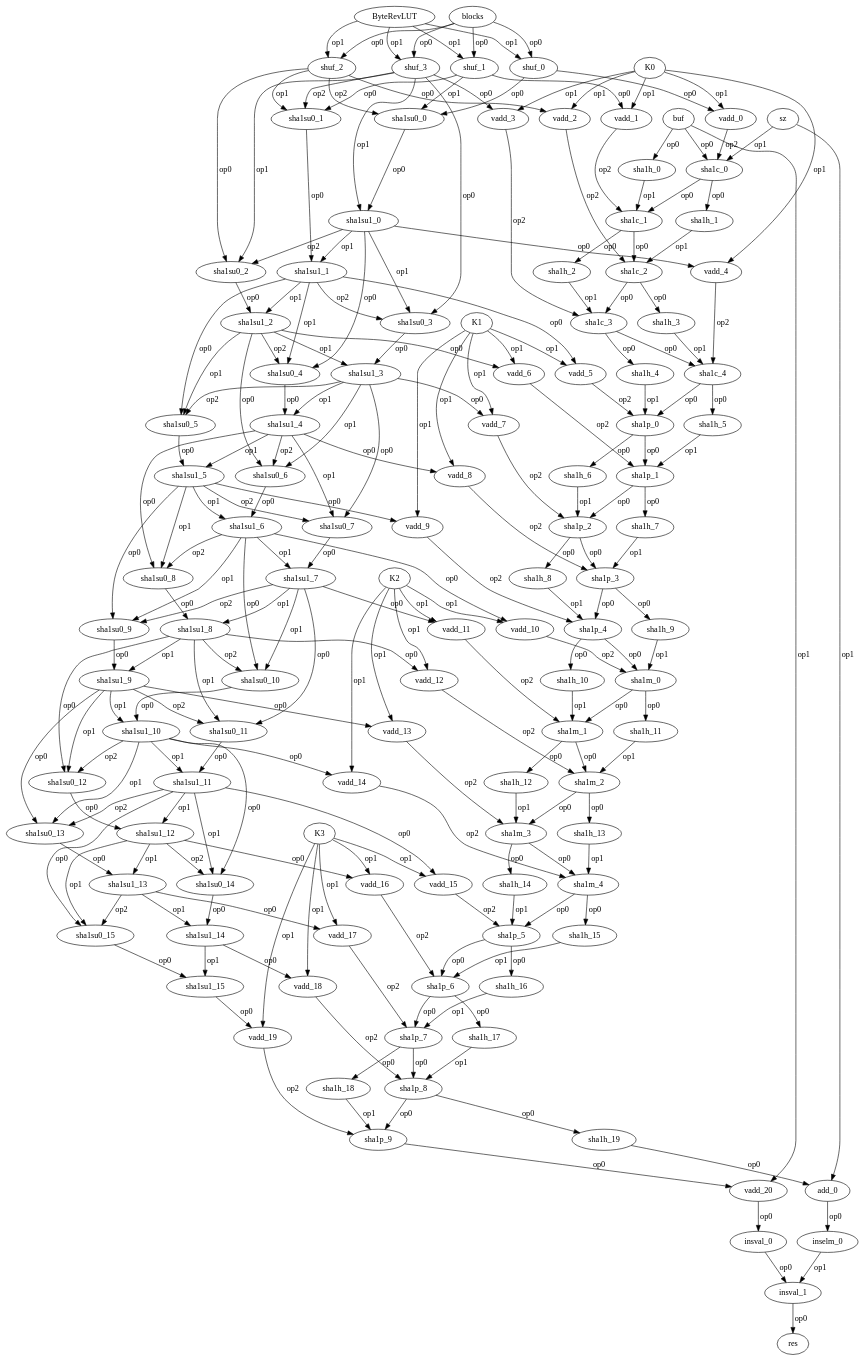
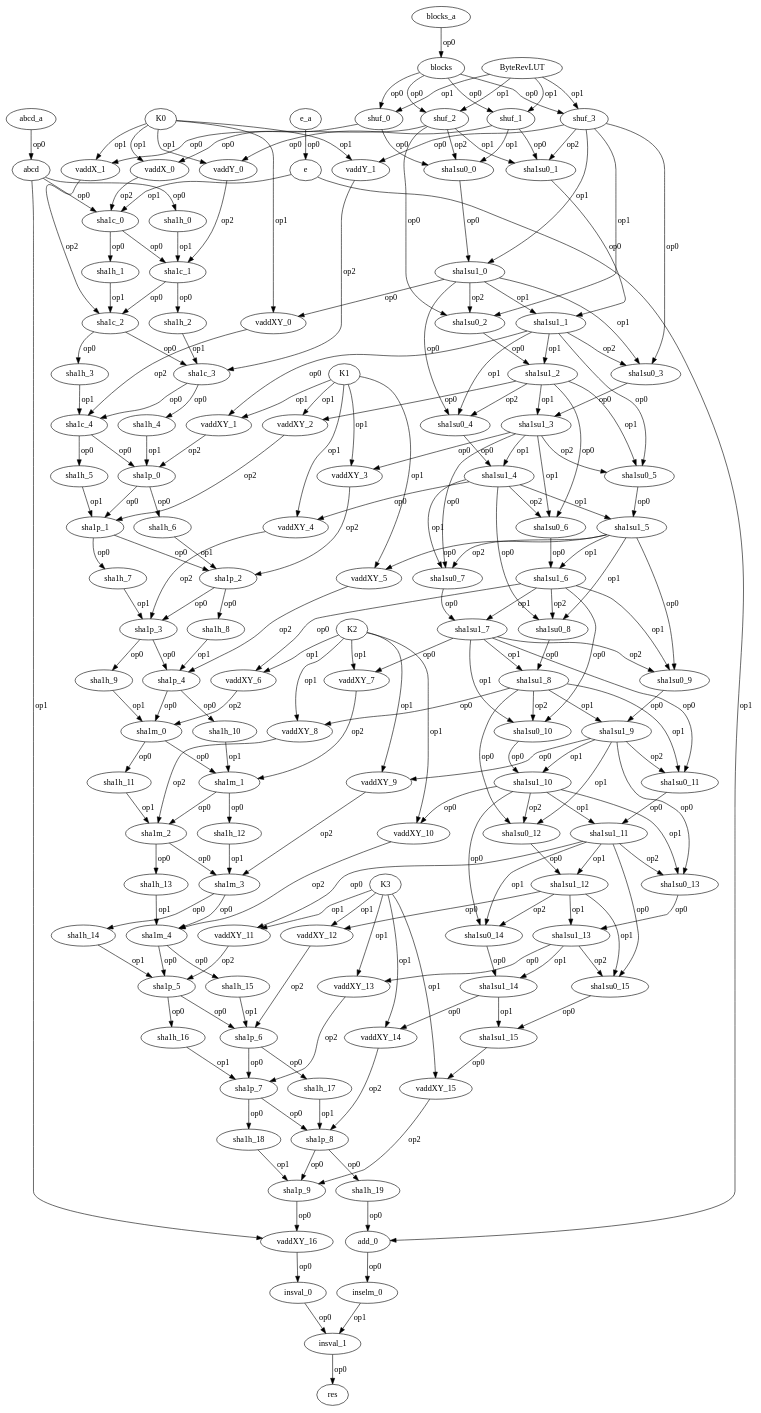
One commit to jevinskie/AArch64-SHA-Crypto-Extensions changed the diagram in sha1-compress-one-hand-dag-ops.dot. Above: the diagram before and after it, drawn with Graphviz. The commit also changed 11 other files, not shown here.

```diff
--- a/sha1-compress-one-hand-dag-ops.dot
+++ b/sha1-compress-one-hand-dag-ops.dot
@@ -1,48 +1,51 @@
 strict digraph "" {
+	abcd_a -> abcd	[label=op0];
+	abcd -> sha1h_0	[label=op0];
+	abcd -> sha1c_0	[label=op0];
+	abcd -> vaddXY_16	[label=op1];
+	e_a -> e	[label=op0];
+	e -> sha1c_0	[label=op1];
+	e -> add_0	[label=op1];
+	blocks_a -> blocks	[label=op0];
 	blocks -> shuf_0	[label=op0];
 	blocks -> shuf_1	[label=op0];
 	blocks -> shuf_2	[label=op0];
 	blocks -> shuf_3	[label=op0];
-	shuf_0 -> vadd_0	[label=op0];
+	shuf_0 -> vaddX_0	[label=op0];
 	shuf_0 -> sha1su0_0	[label=op0];
 	ByteRevLUT -> shuf_0	[label=op1];
 	ByteRevLUT -> shuf_1	[label=op1];
 	ByteRevLUT -> shuf_2	[label=op1];
 	ByteRevLUT -> shuf_3	[label=op1];
-	shuf_1 -> vadd_1	[label=op0];
+	shuf_1 -> vaddY_0	[label=op0];
 	shuf_1 -> sha1su0_0	[label=op1];
 	shuf_1 -> sha1su0_1	[label=op0];
-	shuf_2 -> vadd_2	[label=op0];
+	shuf_2 -> vaddX_1	[label=op0];
 	shuf_2 -> sha1su0_0	[label=op2];
 	shuf_2 -> sha1su0_1	[label=op1];
 	shuf_2 -> sha1su0_2	[label=op0];
-	shuf_3 -> vadd_3	[label=op0];
+	shuf_3 -> vaddY_1	[label=op0];
 	shuf_3 -> sha1su1_0	[label=op1];
 	shuf_3 -> sha1su0_1	[label=op2];
 	shuf_3 -> sha1su0_2	[label=op1];
 	shuf_3 -> sha1su0_3	[label=op0];
-	vadd_0 -> sha1c_0	[label=op2];
-	K0 -> vadd_0	[label=op1];
-	K0 -> vadd_1	[label=op1];
-	K0 -> vadd_2	[label=op1];
-	K0 -> vadd_3	[label=op1];
-	K0 -> vadd_4	[label=op1];
-	vadd_1 -> sha1c_1	[label=op2];
-	buf -> sha1h_0	[label=op0];
-	buf -> sha1c_0	[label=op0];
-	buf -> vadd_20	[label=op1];
+	vaddX_0 -> sha1c_0	[label=op2];
+	K0 -> vaddX_0	[label=op1];
+	K0 -> vaddY_0	[label=op1];
+	K0 -> vaddX_1	[label=op1];
+	K0 -> vaddY_1	[label=op1];
+	K0 -> vaddXY_0	[label=op1];
+	vaddY_0 -> sha1c_1	[label=op2];
 	sha1h_0 -> sha1c_1	[label=op1];
 	sha1c_0 -> sha1h_1	[label=op0];
 	sha1c_0 -> sha1c_1	[label=op0];
-	sz -> sha1c_0	[label=op1];
-	sz -> add_0	[label=op1];
-	vadd_2 -> sha1c_2	[label=op2];
+	vaddX_1 -> sha1c_2	[label=op2];
 	sha1su0_0 -> sha1su1_0	[label=op0];
 	sha1h_1 -> sha1c_2	[label=op1];
 	sha1c_1 -> sha1h_2	[label=op0];
 	sha1c_1 -> sha1c_2	[label=op0];
-	vadd_3 -> sha1c_3	[label=op2];
-	sha1su1_0 -> vadd_4	[label=op0];
+	vaddY_1 -> sha1c_3	[label=op2];
+	sha1su1_0 -> vaddXY_0	[label=op0];
 	sha1su1_0 -> sha1su1_1	[label=op1];
 	sha1su1_0 -> sha1su0_2	[label=op2];
 	sha1su1_0 -> sha1su0_3	[label=op1];
@@ -51,8 +54,8 @@
 	sha1h_2 -> sha1c_3	[label=op1];
 	sha1c_2 -> sha1h_3	[label=op0];
 	sha1c_2 -> sha1c_3	[label=op0];
-	vadd_4 -> sha1c_4	[label=op2];
-	sha1su1_1 -> vadd_5	[label=op0];
+	vaddXY_0 -> sha1c_4	[label=op2];
+	sha1su1_1 -> vaddXY_1	[label=op0];
 	sha1su1_1 -> sha1su1_2	[label=op1];
 	sha1su1_1 -> sha1su0_3	[label=op2];
 	sha1su1_1 -> sha1su0_4	[label=op1];
@@ -61,13 +64,13 @@
 	sha1h_3 -> sha1c_4	[label=op1];
 	sha1c_3 -> sha1h_4	[label=op0];
 	sha1c_3 -> sha1c_4	[label=op0];
-	vadd_5 -> sha1p_0	[label=op2];
-	K1 -> vadd_5	[label=op1];
-	K1 -> vadd_6	[label=op1];
-	K1 -> vadd_7	[label=op1];
-	K1 -> vadd_8	[label=op1];
-	K1 -> vadd_9	[label=op1];
-	sha1su1_2 -> vadd_6	[label=op0];
+	vaddXY_1 -> sha1p_0	[label=op2];
+	K1 -> vaddXY_1	[label=op1];
+	K1 -> vaddXY_2	[label=op1];
+	K1 -> vaddXY_3	[label=op1];
+	K1 -> vaddXY_4	[label=op1];
+	K1 -> vaddXY_5	[label=op1];
+	sha1su1_2 -> vaddXY_2	[label=op0];
 	sha1su1_2 -> sha1su1_3	[label=op1];
 	sha1su1_2 -> sha1su0_4	[label=op2];
 	sha1su1_2 -> sha1su0_5	[label=op1];
@@ -76,8 +79,8 @@
 	sha1h_4 -> sha1p_0	[label=op1];
 	sha1c_4 -> sha1h_5	[label=op0];
 	sha1c_4 -> sha1p_0	[label=op0];
-	vadd_6 -> sha1p_1	[label=op2];
-	sha1su1_3 -> vadd_7	[label=op0];
+	vaddXY_2 -> sha1p_1	[label=op2];
+	sha1su1_3 -> vaddXY_3	[label=op0];
 	sha1su1_3 -> sha1su1_4	[label=op1];
 	sha1su1_3 -> sha1su0_5	[label=op2];
 	sha1su1_3 -> sha1su0_6	[label=op1];
@@ -86,8 +89,8 @@
 	sha1h_5 -> sha1p_1	[label=op1];
 	sha1p_0 -> sha1h_6	[label=op0];
 	sha1p_0 -> sha1p_1	[label=op0];
-	vadd_7 -> sha1p_2	[label=op2];
-	sha1su1_4 -> vadd_8	[label=op0];
+	vaddXY_3 -> sha1p_2	[label=op2];
+	sha1su1_4 -> vaddXY_4	[label=op0];
 	sha1su1_4 -> sha1su1_5	[label=op1];
 	sha1su1_4 -> sha1su0_6	[label=op2];
 	sha1su1_4 -> sha1su0_7	[label=op1];
@@ -96,8 +99,8 @@
 	sha1h_6 -> sha1p_2	[label=op1];
 	sha1p_1 -> sha1h_7	[label=op0];
 	sha1p_1 -> sha1p_2	[label=op0];
-	vadd_8 -> sha1p_3	[label=op2];
-	sha1su1_5 -> vadd_9	[label=op0];
+	vaddXY_4 -> sha1p_3	[label=op2];
+	sha1su1_5 -> vaddXY_5	[label=op0];
 	sha1su1_5 -> sha1su1_6	[label=op1];
 	sha1su1_5 -> sha1su0_7	[label=op2];
 	sha1su1_5 -> sha1su0_8	[label=op1];
@@ -106,8 +109,8 @@
 	sha1h_7 -> sha1p_3	[label=op1];
 	sha1p_2 -> sha1h_8	[label=op0];
 	sha1p_2 -> sha1p_3	[label=op0];
-	vadd_9 -> sha1p_4	[label=op2];
-	sha1su1_6 -> vadd_10	[label=op0];
+	vaddXY_5 -> sha1p_4	[label=op2];
+	sha1su1_6 -> vaddXY_6	[label=op0];
 	sha1su1_6 -> sha1su1_7	[label=op1];
 	sha1su1_6 -> sha1su0_8	[label=op2];
 	sha1su1_6 -> sha1su0_9	[label=op1];
@@ -116,13 +119,13 @@
 	sha1h_8 -> sha1p_4	[label=op1];
 	sha1p_3 -> sha1h_9	[label=op0];
 	sha1p_3 -> sha1p_4	[label=op0];
-	vadd_10 -> sha1m_0	[label=op2];
-	K2 -> vadd_10	[label=op1];
-	K2 -> vadd_11	[label=op1];
-	K2 -> vadd_12	[label=op1];
-	K2 -> vadd_13	[label=op1];
-	K2 -> vadd_14	[label=op1];
-	sha1su1_7 -> vadd_11	[label=op0];
+	vaddXY_6 -> sha1m_0	[label=op2];
+	K2 -> vaddXY_6	[label=op1];
+	K2 -> vaddXY_7	[label=op1];
+	K2 -> vaddXY_8	[label=op1];
+	K2 -> vaddXY_9	[label=op1];
+	K2 -> vaddXY_10	[label=op1];
+	sha1su1_7 -> vaddXY_7	[label=op0];
 	sha1su1_7 -> sha1su1_8	[label=op1];
 	sha1su1_7 -> sha1su0_9	[label=op2];
 	sha1su1_7 -> sha1su0_10	[label=op1];
@@ -131,8 +134,8 @@
 	sha1h_9 -> sha1m_0	[label=op1];
 	sha1p_4 -> sha1h_10	[label=op0];
 	sha1p_4 -> sha1m_0	[label=op0];
-	vadd_11 -> sha1m_1	[label=op2];
-	sha1su1_8 -> vadd_12	[label=op0];
+	vaddXY_7 -> sha1m_1	[label=op2];
+	sha1su1_8 -> vaddXY_8	[label=op0];
 	sha1su1_8 -> sha1su1_9	[label=op1];
 	sha1su1_8 -> sha1su0_10	[label=op2];
 	sha1su1_8 -> sha1su0_11	[label=op1];
@@ -141,8 +144,8 @@
 	sha1h_10 -> sha1m_1	[label=op1];
 	sha1m_0 -> sha1h_11	[label=op0];
 	sha1m_0 -> sha1m_1	[label=op0];
-	vadd_12 -> sha1m_2	[label=op2];
-	sha1su1_9 -> vadd_13	[label=op0];
+	vaddXY_8 -> sha1m_2	[label=op2];
+	sha1su1_9 -> vaddXY_9	[label=op0];
 	sha1su1_9 -> sha1su1_10	[label=op1];
 	sha1su1_9 -> sha1su0_11	[label=op2];
 	sha1su1_9 -> sha1su0_12	[label=op1];
@@ -151,8 +154,8 @@
 	sha1h_11 -> sha1m_2	[label=op1];
 	sha1m_1 -> sha1h_12	[label=op0];
 	sha1m_1 -> sha1m_2	[label=op0];
-	vadd_13 -> sha1m_3	[label=op2];
-	sha1su1_10 -> vadd_14	[label=op0];
+	vaddXY_9 -> sha1m_3	[label=op2];
+	sha1su1_10 -> vaddXY_10	[label=op0];
 	sha1su1_10 -> sha1su1_11	[label=op1];
 	sha1su1_10 -> sha1su0_12	[label=op2];
 	sha1su1_10 -> sha1su0_13	[label=op1];
@@ -161,8 +164,8 @@
 	sha1h_12 -> sha1m_3	[label=op1];
 	sha1m_2 -> sha1h_13	[label=op0];
 	sha1m_2 -> sha1m_3	[label=op0];
-	vadd_14 -> sha1m_4	[label=op2];
-	sha1su1_11 -> vadd_15	[label=op0];
+	vaddXY_10 -> sha1m_4	[label=op2];
+	sha1su1_11 -> vaddXY_11	[label=op0];
 	sha1su1_11 -> sha1su1_12	[label=op1];
 	sha1su1_11 -> sha1su0_13	[label=op2];
 	sha1su1_11 -> sha1su0_14	[label=op1];
@@ -171,13 +174,13 @@
 	sha1h_13 -> sha1m_4	[label=op1];
 	sha1m_3 -> sha1h_14	[label=op0];
 	sha1m_3 -> sha1m_4	[label=op0];
-	vadd_15 -> sha1p_5	[label=op2];
-	K3 -> vadd_15	[label=op1];
-	K3 -> vadd_16	[label=op1];
-	K3 -> vadd_17	[label=op1];
-	K3 -> vadd_18	[label=op1];
-	K3 -> vadd_19	[label=op1];
-	sha1su1_12 -> vadd_16	[label=op0];
+	vaddXY_11 -> sha1p_5	[label=op2];
+	K3 -> vaddXY_11	[label=op1];
+	K3 -> vaddXY_12	[label=op1];
+	K3 -> vaddXY_13	[label=op1];
+	K3 -> vaddXY_14	[label=op1];
+	K3 -> vaddXY_15	[label=op1];
+	sha1su1_12 -> vaddXY_12	[label=op0];
 	sha1su1_12 -> sha1su1_13	[label=op1];
 	sha1su1_12 -> sha1su0_14	[label=op2];
 	sha1su1_12 -> sha1su0_15	[label=op1];
@@ -185,33 +188,33 @@
 	sha1h_14 -> sha1p_5	[label=op1];
 	sha1m_4 -> sha1h_15	[label=op0];
 	sha1m_4 -> sha1p_5	[label=op0];
-	vadd_16 -> sha1p_6	[label=op2];
-	sha1su1_13 -> vadd_17	[label=op0];
+	vaddXY_12 -> sha1p_6	[label=op2];
+	sha1su1_13 -> vaddXY_13	[label=op0];
 	sha1su1_13 -> sha1su1_14	[label=op1];
 	sha1su1_13 -> sha1su0_15	[label=op2];
 	sha1su0_14 -> sha1su1_14	[label=op0];
 	sha1h_15 -> sha1p_6	[label=op1];
 	sha1p_5 -> sha1h_16	[label=op0];
 	sha1p_5 -> sha1p_6	[label=op0];
-	vadd_17 -> sha1p_7	[label=op2];
-	sha1su1_14 -> vadd_18	[label=op0];
+	vaddXY_13 -> sha1p_7	[label=op2];
+	sha1su1_14 -> vaddXY_14	[label=op0];
 	sha1su1_14 -> sha1su1_15	[label=op1];
 	sha1su0_15 -> sha1su1_15	[label=op0];
 	sha1h_16 -> sha1p_7	[label=op1];
 	sha1p_6 -> sha1h_17	[label=op0];
 	sha1p_6 -> sha1p_7	[label=op0];
-	vadd_18 -> sha1p_8	[label=op2];
-	sha1su1_15 -> vadd_19	[label=op0];
+	vaddXY_14 -> sha1p_8	[label=op2];
+	sha1su1_15 -> vaddXY_15	[label=op0];
 	sha1h_17 -> sha1p_8	[label=op1];
 	sha1p_7 -> sha1h_18	[label=op0];
 	sha1p_7 -> sha1p_8	[label=op0];
-	vadd_19 -> sha1p_9	[label=op2];
+	vaddXY_15 -> sha1p_9	[label=op2];
 	sha1h_18 -> sha1p_9	[label=op1];
 	sha1p_8 -> sha1h_19	[label=op0];
 	sha1p_8 -> sha1p_9	[label=op0];
 	sha1h_19 -> add_0	[label=op0];
-	sha1p_9 -> vadd_20	[label=op0];
-	vadd_20 -> insval_0	[label=op0];
+	sha1p_9 -> vaddXY_16	[label=op0];
+	vaddXY_16 -> insval_0	[label=op0];
 	add_0 -> inselm_0	[label=op0];
 	inselm_0 -> insval_1	[label=op1];
 	insval_0 -> insval_1	[label=op0];
```
